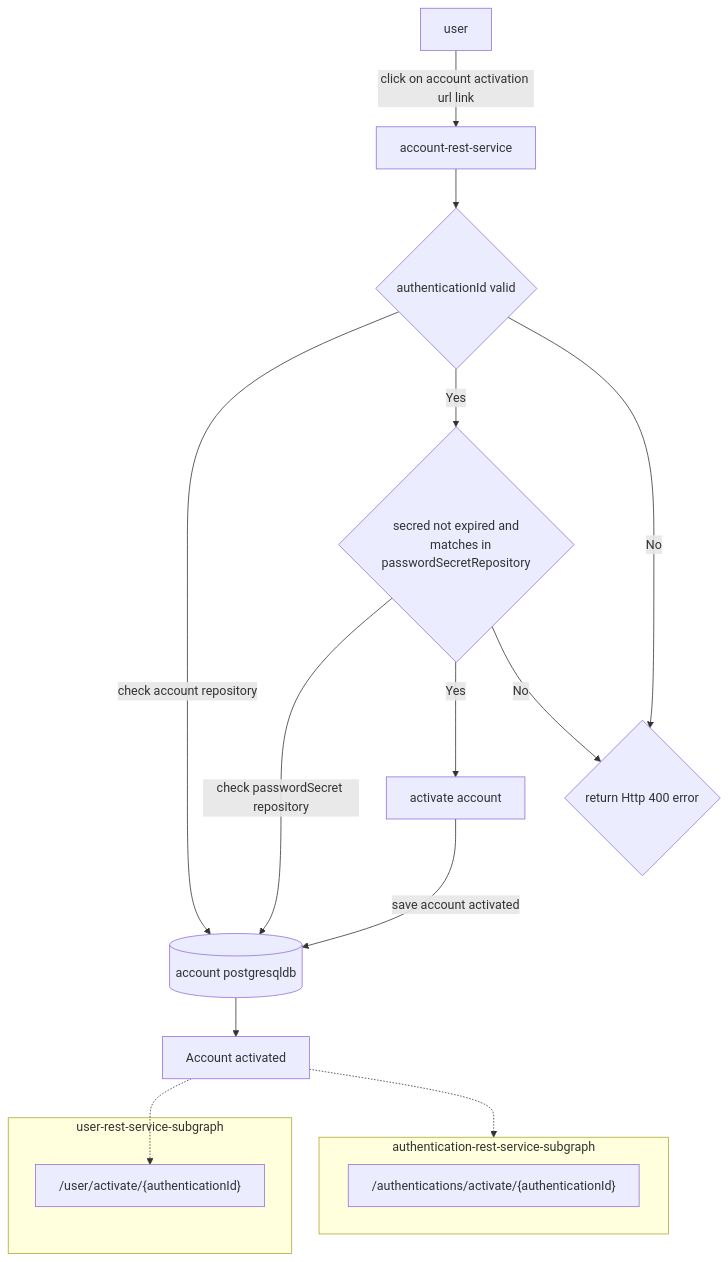
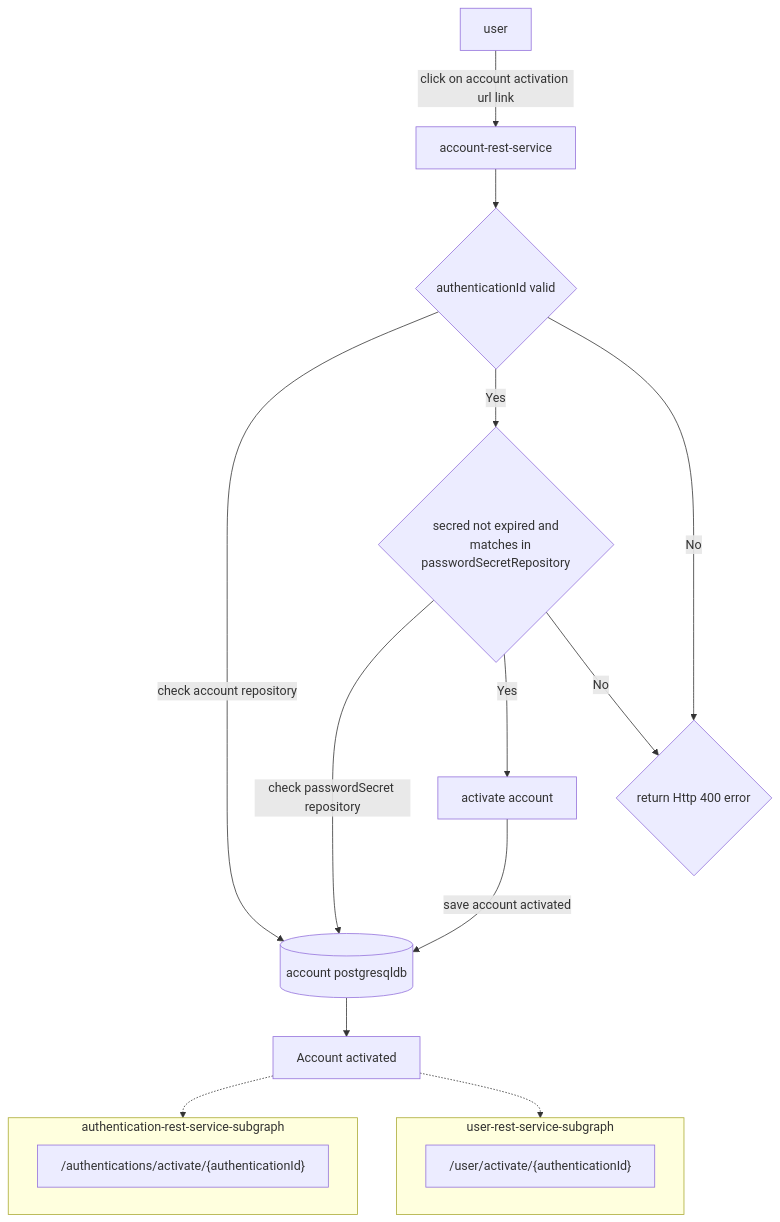
Before and after one commit to sonamsamdupkhangsar/account-rest-service: the diagram in README.md, drawn with Mermaid.

Commit message:
commit flow

````diff
--- a/README.md
+++ b/README.md
@@ -63,25 +63,25 @@
 ```mermaid
 flowchart TD
     User[user] --"click on account activation url link" -->  AccountRestService[account-rest-service] 
     AccountRestService --> authIdValid{authenticationId valid}
     authIdValid --"check account repository"--> AccountPgsqlDb[(account postgresqldb)]
    authIdValid -->|Yes| secretValid{"secred not expired and
     matches in passwordSecretRepository"}
    authIdValid -->|No| error400{return Http 400 error}
    secretValid --"check passwordSecret repository" -->AccountPgsqlDb
    secretValid -->|Yes| activateAccount[activate account]
    activateAccount --"save account activated" --> AccountPgsqlDb
    AccountPgsqlDb --> accountActivated["Account activated"]
    secretValid -->|No| error400    
    accountActivated -.-> authentication-rest-service-subgraph[authentication-rest-service]
    
-   accountActivated -.-> user-rest-service[user-rest-service]
+   accountActivated -.-> user-rest-service-subgraph[user-rest-service]
     
     subgraph authentication-rest-service-subgraph
     authentication-rest-service["/authentications/activate/{authenticationId}"]
     end
     
     subgraph user-rest-service-subgraph
     user-rest-service["/user/activate/{authenticationId}"]
     end    
 ```
````
